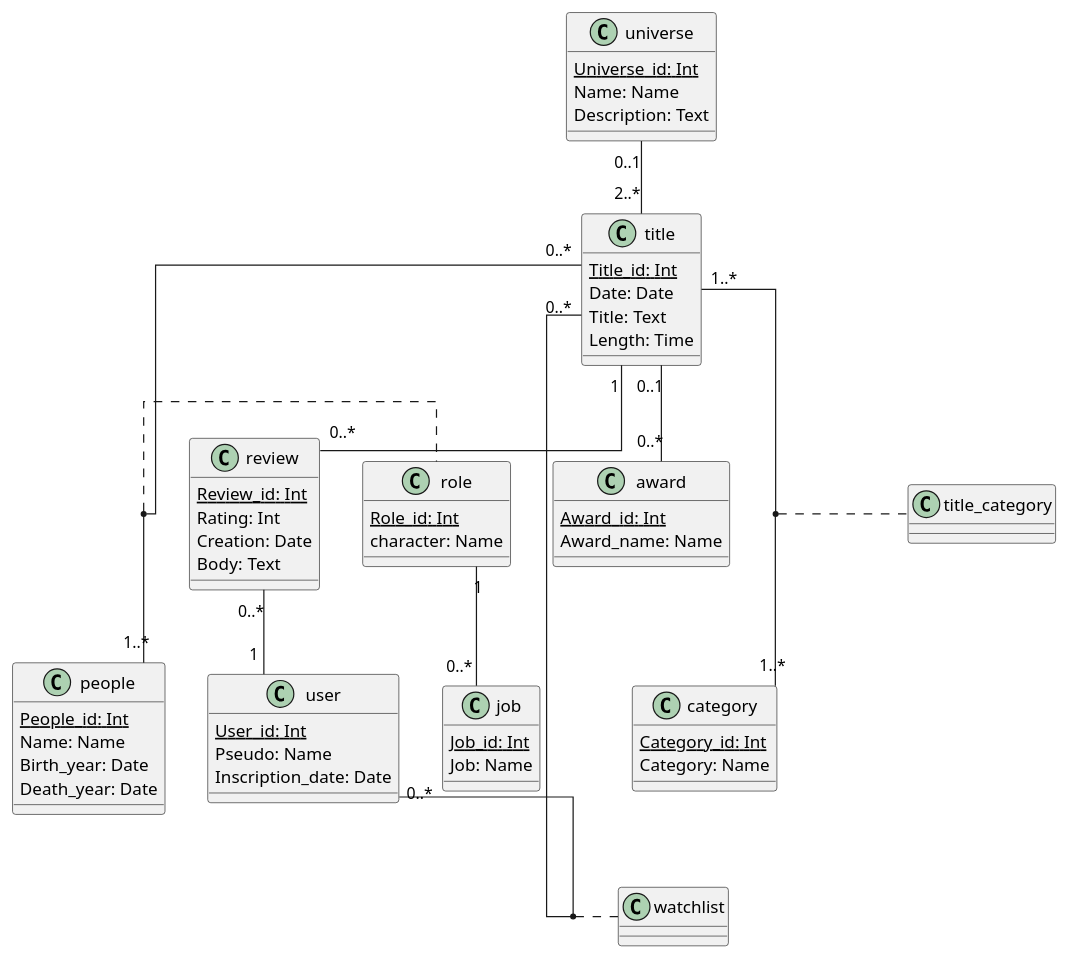
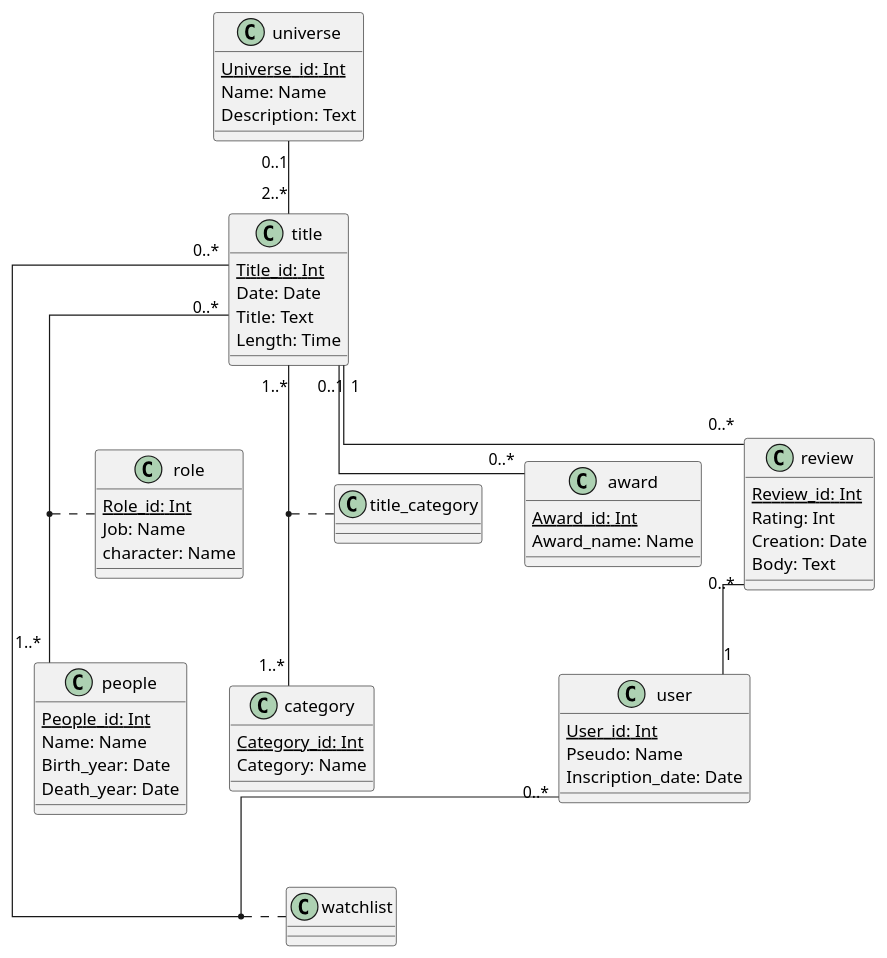
One commit to bilboque/MOOVIE_RECOMMENDER changed the diagram in checkpoint1/class_normalization.puml. Above: the diagram before and after it, drawn with PlantUML.

Commit message:
small changes

```diff
--- a/checkpoint1/class_normalization.puml
+++ b/checkpoint1/class_normalization.puml
@@ -1,75 +1,70 @@
 @startuml
 skinparam linetype ortho
 
 class universe {
     <U>Universe_id: Int
 	Name: Name
     Description: Text
 }
 
 class title {
     <U>Title_id: Int
     Date: Date
     Title: Text
     Length: Time
 }
 
 class award {
     <U>Award_id: Int
     Award_name: Name
 }
 
 class category {
 		<U>Category_id: Int
     	Category: Name
 }
 
 class people {
     <U>People_id: Int
 	Name: Name
     Birth_year: Date
     Death_year: Date
 }
 
 class watchlist {
 }
 
 class user {
     <U>User_id: Int
 	Pseudo: Name
     Inscription_date: Date
 }
 
 class review {
     <U>Review_id: Int
     Rating: Int
     Creation: Date
     Body: Text
 }
 
 class role {
     <U>Role_id: Int
+	Job: Name
     character: Name
-}
-
-class job {
-    <U>Job_id: Int
-	Job: Name
 }
 
 class title_category{
 }
 
 universe "0..1" -- "2..*" title
 title "0..*" -- "1..*" people
 title "1" -- "0..*" review
 title "0..1" -- "0..*" award
 title "1..*" -- "1..*" category
 review "0..*" -- "1" user
 user "0..*" -- "0..*" title
-role "1" -- "0..*" job
 
 (title, people) .. role
 (title, user) .. watchlist
 (title, category) .. title_category
 @enduml
```
